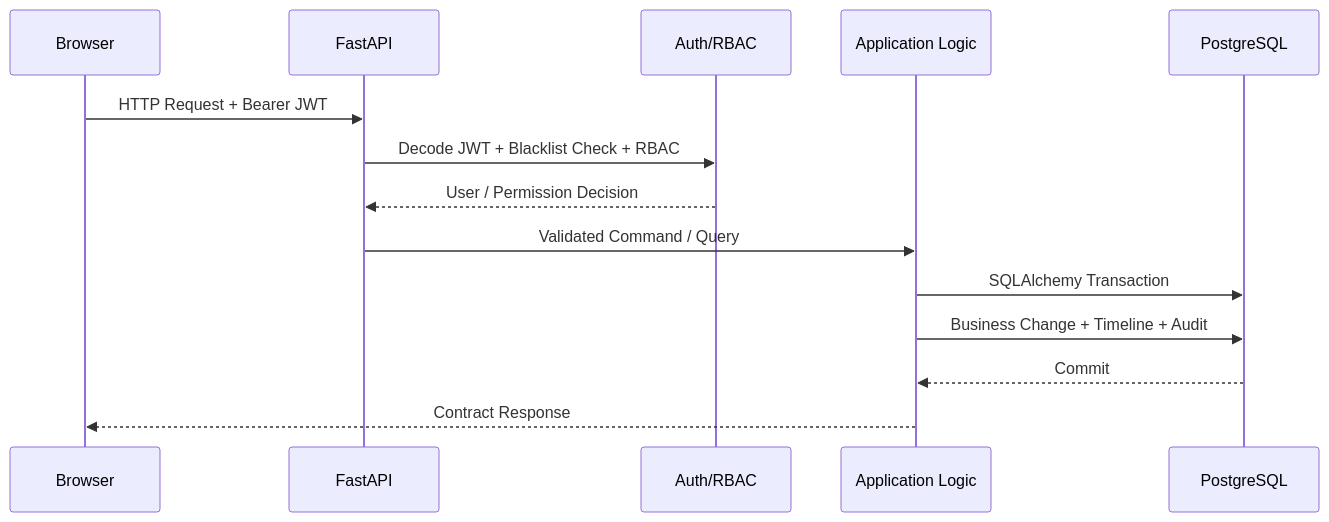
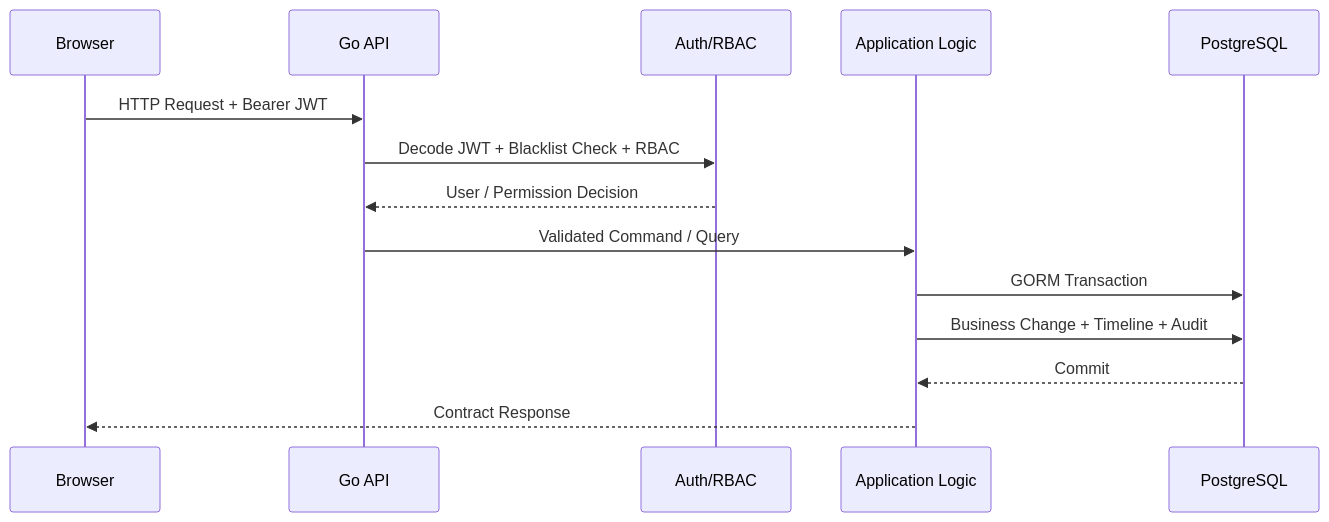
The fourth of 8 diagrams in README.md (passwii/digitalProjectManagement), drawn with Mermaid before and after one commit. The commit also changed other lines of this file and 179 other files, not shown here.

First line of the commit message:
feat(api): 全局后端 FastAPI 重构为 Go 模块化单体 (#196)

````diff
--- a/README.md
+++ b/README.md
@@ -135,17 +135,17 @@
 ```mermaid
 sequenceDiagram
     participant B as Browser
-    participant API as FastAPI
+    participant API as Go API
     participant AUTH as Auth/RBAC
     participant APP as Application Logic
     participant DB as PostgreSQL
 
     B->>API: HTTP Request + Bearer JWT
     API->>AUTH: Decode JWT + Blacklist Check + RBAC
     AUTH-->>API: User / Permission Decision
     API->>APP: Validated Command / Query
-    APP->>DB: SQLAlchemy Transaction
+    APP->>DB: GORM Transaction
     APP->>DB: Business Change + Timeline + Audit
     DB-->>APP: Commit
     APP-->>B: Contract Response
 ```
````
